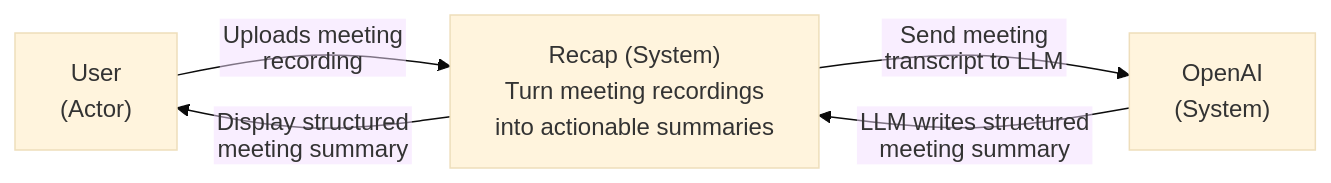
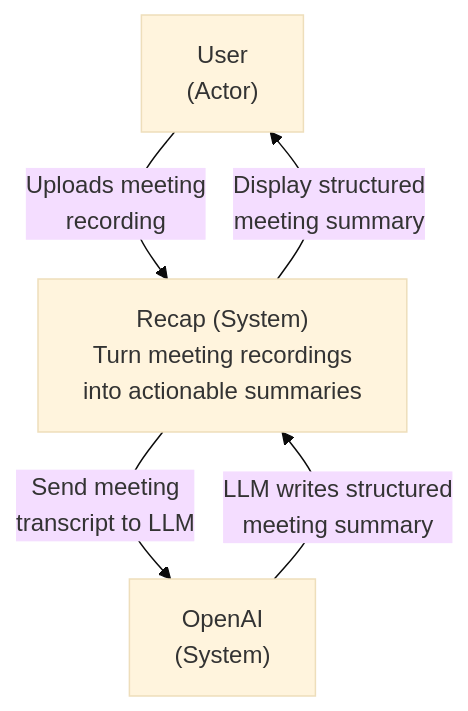
The first of 8 diagrams in docs/arc42-template-EN.md (nick-yoderia/Recap), drawn with Mermaid (base theme) before and after one commit. The commit also changed other lines of this file, not shown here.

Commit message:
fix(docs): convert all mermaid diagrams to TB

````diff
--- a/docs/arc42-template-EN.md
+++ b/docs/arc42-template-EN.md
@@ -126,12 +126,11 @@
 ```mermaid
-%%{init: {"flowchart": {"htmlLabels": false}}}%%
-flowchart LR
+flowchart TB
     user["User<br>(Actor)"]
     recap["Recap (System)<br>Turn meeting recordings<br>into actionable summaries"]
     openai["OpenAI<br>(System)"]
 
     user -- "Uploads meeting<br>recording" --> recap
     recap -- "Display structured<br>meeting summary" --> user
     recap -- "Send meeting<br>transcript to LLM" --> openai
     openai -- "LLM writes structured<br>meeting summary" --> recap
 ```
````
